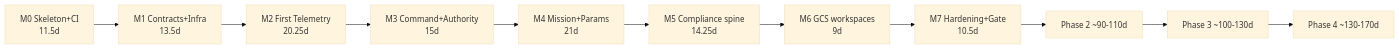
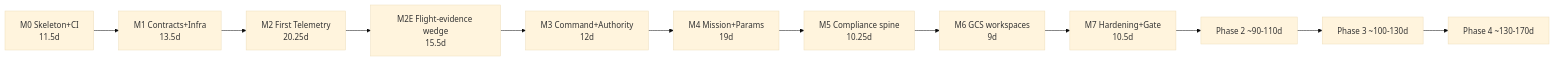
The first of 2 diagrams in docs/07_Implementation_Guides/IMPLEMENTATION_PLAN.md (Praddyx15/UAOP), drawn with Mermaid (base theme) before and after one commit. The commit also changed other lines of this file and 17 other files, not shown here.

First line of the commit message:
ADR-0023: position UAOP as the flight-evidence layer; add M2E

````diff
--- a/docs/07_Implementation_Guides/IMPLEMENTATION_PLAN.md
+++ b/docs/07_Implementation_Guides/IMPLEMENTATION_PLAN.md
@@ -46,11 +51,12 @@
 ```mermaid
 graph LR
     M0[M0 Skeleton+CI<br/>11.5d] --> M1[M1 Contracts+Infra<br/>13.5d]
     M1 --> M2[M2 First Telemetry<br/>20.25d]
-    M2 --> M3[M3 Command+Authority<br/>15d]
-    M3 --> M4[M4 Mission+Params<br/>21d]
-    M4 --> M5[M5 Compliance spine<br/>14.25d]
+    M2 --> M2E[M2E Flight-evidence wedge<br/>15.5d]
+    M2E --> M3[M3 Command+Authority<br/>12d]
+    M3 --> M4[M4 Mission+Params<br/>19d]
+    M4 --> M5[M5 Compliance spine<br/>10.25d]
     M5 --> M6[M6 GCS workspaces<br/>9d]
     M6 --> M7[M7 Hardening+Gate<br/>10.5d]
     M7 --> P2[Phase 2 ~90-110d] --> P3[Phase 3 ~100-130d] --> P4[Phase 4 ~130-170d]
 ```
````
